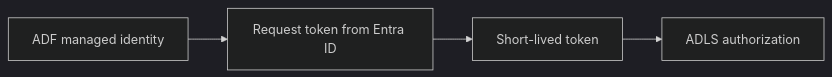
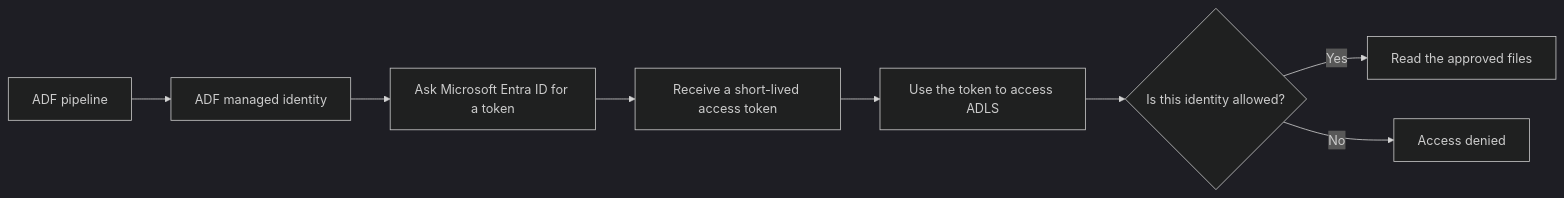
Before and after one commit to xuyangHan/FROM-DATA-TO-DECISIONS: the diagram in DE/industry-experience/07-passwordless-production-access.md, drawn with Mermaid (dark theme). The commit also changed other lines of this file, not shown here.

````diff
--- a/DE/industry-experience/07-passwordless-production-access.md
+++ b/DE/industry-experience/07-passwordless-production-access.md
@@ -15,6 +23,10 @@
 ```mermaid
 flowchart LR
-  workload[ADF managed identity] --> entra[Request token from Entra ID]
-  entra --> token[Short-lived token]
-  token --> storage[ADLS authorization]
+  pipeline[ADF pipeline] --> identity[ADF managed identity]
+  identity --> entra[Ask Microsoft Entra ID for a token]
+  entra --> token[Receive a short-lived access token]
+  token --> storage[Use the token to access ADLS]
+  storage --> decision{Is this identity allowed?}
+  decision -->|Yes| files[Read the approved files]
+  decision -->|No| denied[Access denied]
 ```
````
